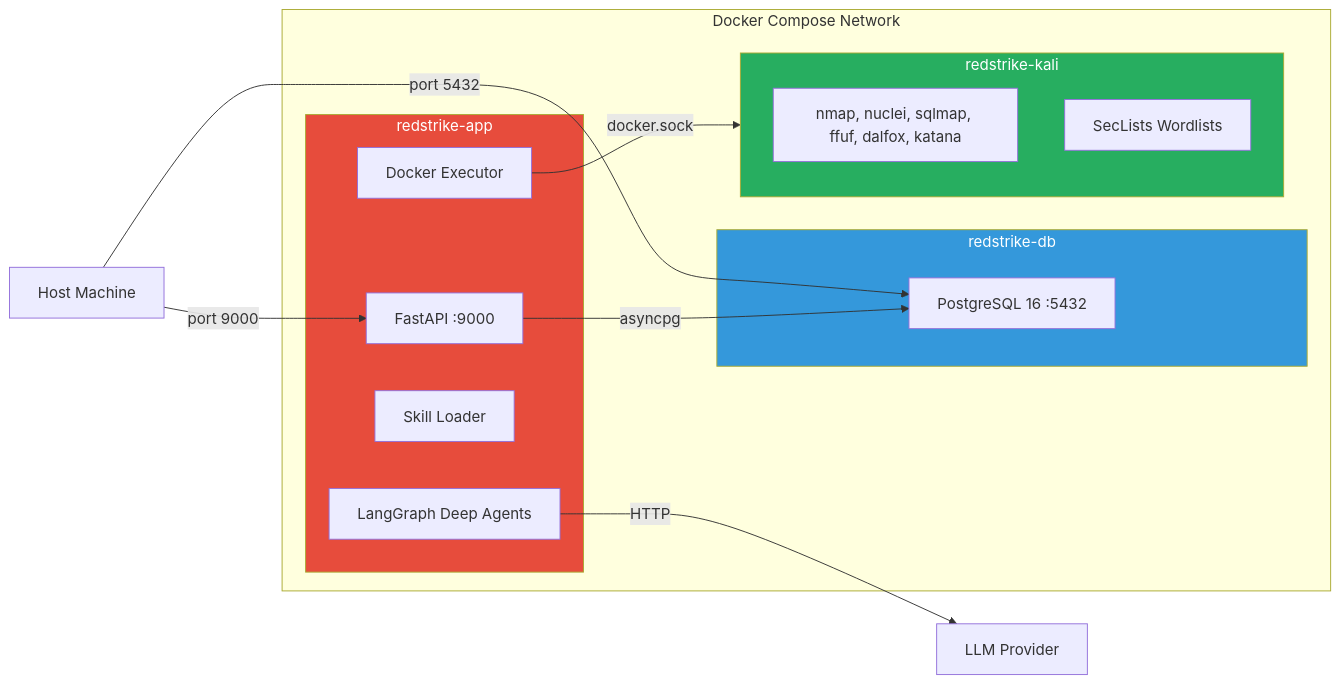
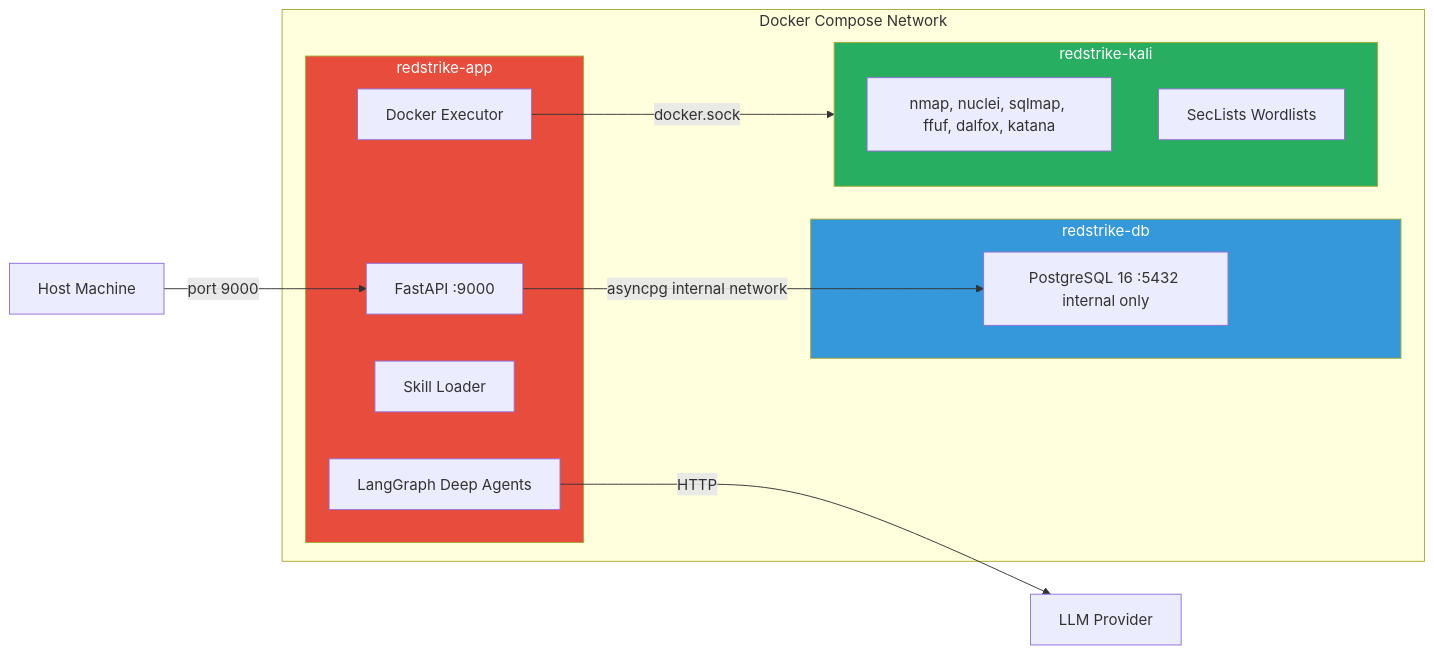
The second of 16 diagrams in docs/architecture.md (omkar-ukirde/RedStrike.AI), drawn with Mermaid before and after one commit. The commit also changed 1 other file, not shown here.

Commit message:
chore: remove external database port exposure and update architecture documentation

````diff
--- a/docs/architecture.md
+++ b/docs/architecture.md
@@ -94,30 +94,29 @@
 ```mermaid
 graph LR
     subgraph Docker["Docker Compose Network"]
         subgraph AppContainer["redstrike-app"]
             FastAPI["FastAPI :9000"]
             AgentGraph["LangGraph Deep Agents"]
             SkillLoader["Skill Loader"]
             DockerExec["Docker Executor"]
         end
 
         subgraph DBContainer["redstrike-db"]
-            Postgres["PostgreSQL 16 :5432"]
+            Postgres["PostgreSQL 16 :5432 internal only"]
         end
 
         subgraph KaliContainer["redstrike-kali"]
             Tools["nmap, nuclei, sqlmap, ffuf, dalfox, katana"]
             SecLists["SecLists Wordlists"]
         end
     end
 
     Host["Host Machine"] -->|port 9000| FastAPI
-    Host -->|port 5432| Postgres
-    FastAPI -->|asyncpg| Postgres
+    FastAPI -->|asyncpg internal network| Postgres
     DockerExec -->|docker.sock| KaliContainer
     AgentGraph -->|HTTP| LLM["LLM Provider"]
 
     style AppContainer fill:#e74c3c,color:#fff
     style DBContainer fill:#3498db,color:#fff
     style KaliContainer fill:#27ae60,color:#fff
 ```
````
